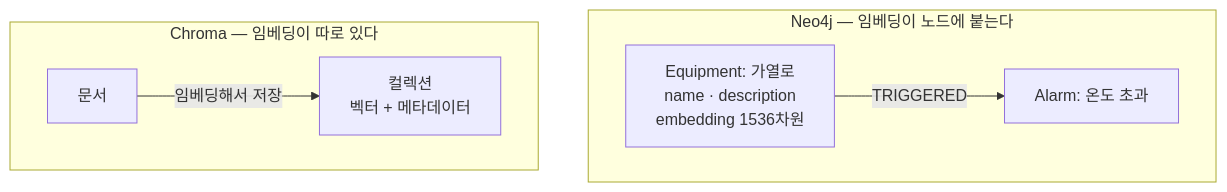
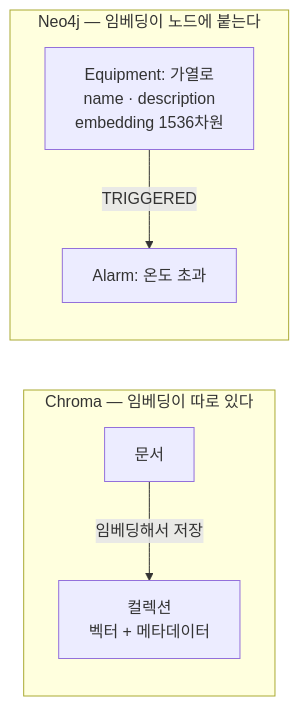
One commit to dpcivl/dev-blog changed the diagram in src/data/mermaid/restored/46fdd24a86a8d97c.mmd. Above: the diagram before and after it, drawn with Mermaid. The commit also changed 89 other files, not shown here.

First line of the commit message:
영어판 다이어그램 31개 — EN 글이 더는 한국어 그림을 쓰지 않는다

```diff
--- a/src/data/mermaid/restored/46fdd24a86a8d97c.mmd
+++ b/src/data/mermaid/restored/46fdd24a86a8d97c.mmd
@@ -1,8 +1,11 @@
 %% alt: Chroma 는 임베딩을 별도 컬렉션에 두고, Neo4j 는 임베딩을 노드 속성으로 붙여 벡터와 관계가 한 노드에 공존하는 구조를 비교한 그림
 flowchart TD
   subgraph N["Neo4j — 임베딩이 노드에 붙는다"]
+    direction TB
     NE["Equipment: 가열로<br/>name · description<br/>embedding 1536차원"] -->|"TRIGGERED"| NA["Alarm: 온도 초과"]
   end
   subgraph C["Chroma — 임베딩이 따로 있다"]
+    direction TB
     CD["문서"] -->|"임베딩해서 저장"| CC["컬렉션<br/>벡터 + 메타데이터"]
   end
+  N ~~~ C
```
